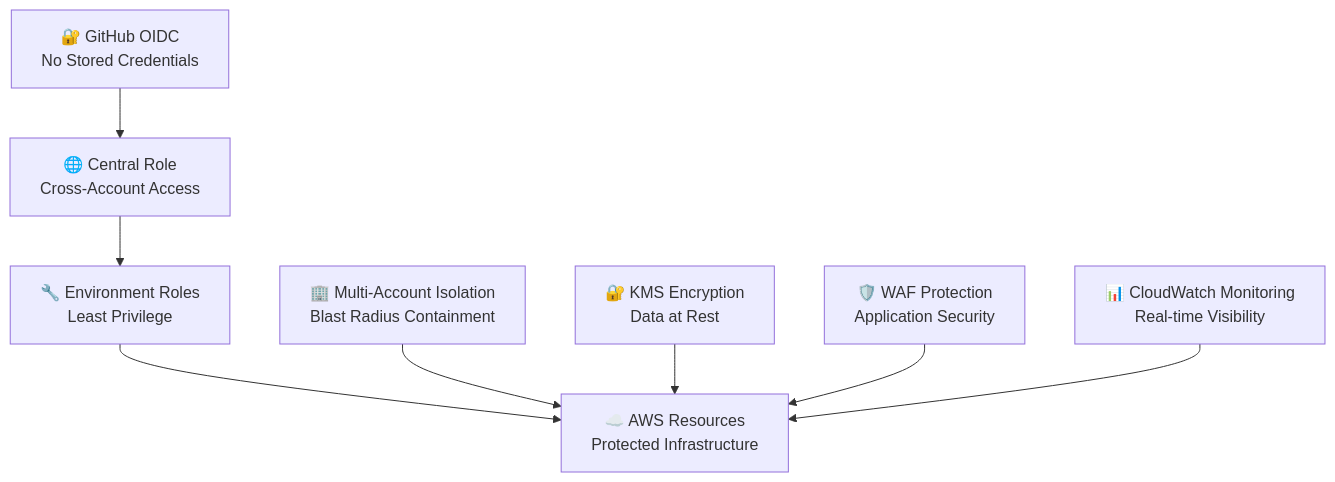
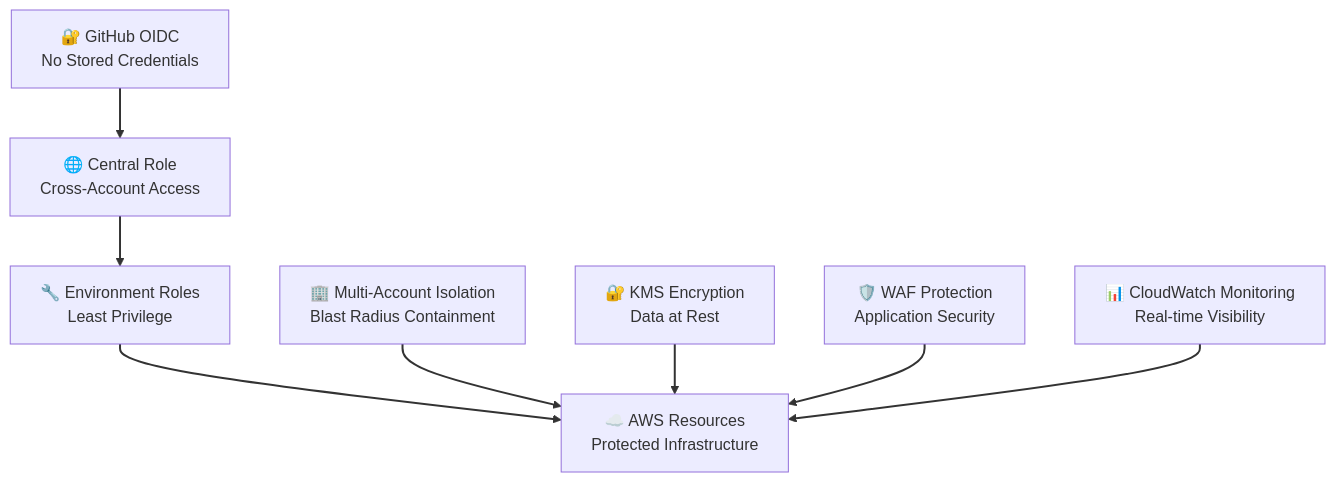
Before and after one commit to Celtikill/static-site: the first of 2 diagrams in SECURITY.md, drawn with Mermaid. The commit also changed other lines of this file and 17 other files, not shown here.

````diff
--- a/SECURITY.md
+++ b/SECURITY.md
@@ -49,11 +49,23 @@
 ```mermaid
+%%{init: {'theme':'default', 'themeVariables': {'fontSize':'16px'}}}%%
 graph TD
+    accTitle: Layered Infrastructure Security Architecture
+    accDescr: Defense-in-depth security architecture implementing multiple protection layers for AWS infrastructure. Authentication layer uses GitHub OIDC eliminating stored credentials and providing temporary access tokens with automatic expiration reducing credential exposure risk. The Central Role in Management Account orchestrates cross-account access enabling deployments while maintaining account boundaries. Environment roles implement least privilege access with permissions scoped to specific resources and operations required for deployment preventing privilege escalation. Multi-account isolation provides blast radius containment where compromise of one environment cannot affect others maintaining security boundaries at the AWS account level. KMS encryption protects data at rest using customer-managed keys with envelope encryption ensuring data confidentiality even if storage is compromised. WAF protection provides application-layer security implementing OWASP Top 10 defenses including SQL injection prevention, cross-site scripting blocking, and rate limiting for DDoS protection. CloudWatch monitoring enables real-time visibility with comprehensive logging, metrics collection, automated alerting, and security event correlation supporting rapid incident detection and response. This layered approach ensures multiple independent security controls protect infrastructure with no single point of failure implementing defense-in-depth security principles.
+
     A["🔐 GitHub OIDC<br/>No Stored Credentials"] --> B["🌐 Central Role<br/>Cross-Account Access"]
     B --> C["🔧 Environment Roles<br/>Least Privilege"]
     C --> D["☁️ AWS Resources<br/>Protected Infrastructure"]
 
     E["🏢 Multi-Account Isolation<br/>Blast Radius Containment"] --> D
     F["🔐 KMS Encryption<br/>Data at Rest"] --> D
     G["🛡️ WAF Protection<br/>Application Security"] --> D
     H["📊 CloudWatch Monitoring<br/>Real-time Visibility"] --> D
+
+    linkStyle 0 stroke:#333333,stroke-width:2px
+    linkStyle 1 stroke:#333333,stroke-width:2px
+    linkStyle 2 stroke:#333333,stroke-width:2px
+    linkStyle 3 stroke:#333333,stroke-width:2px
+    linkStyle 4 stroke:#333333,stroke-width:2px
+    linkStyle 5 stroke:#333333,stroke-width:2px
+    linkStyle 6 stroke:#333333,stroke-width:2px
 ```
````
